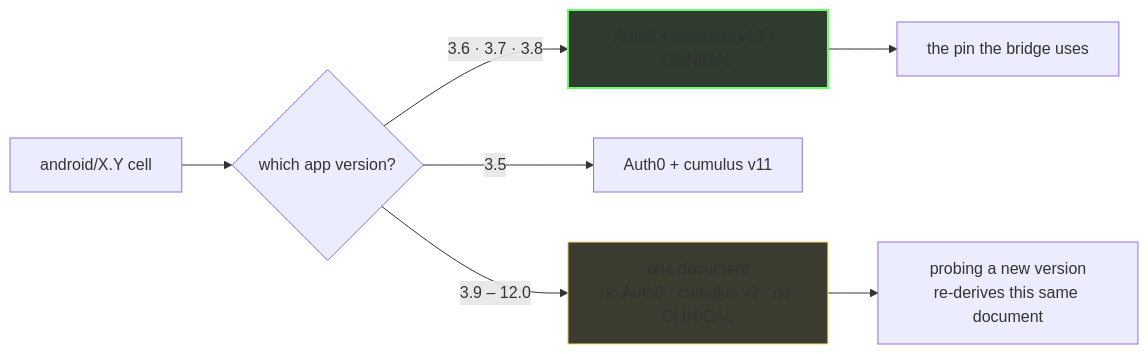
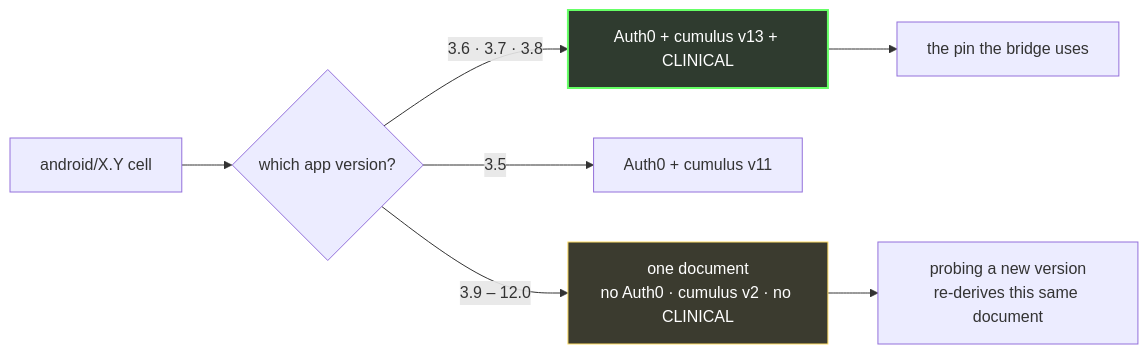
The diagram in docs/00-summary-the-map.md (NovaLux12/carelink-api-research), drawn with Mermaid before and after one commit. The commit also changed 1 other file, not shown here.

Commit message:
docs/00, docs/06: light text on dark Mermaid nodes
Same defect as README (dark fills, default dark text): add color:#fff
to the 4 style lines. docs/02 deferred until worker J merges — it is
J's synthesis target and touching it mid-pool risks a rebase conflict.

````diff
--- a/docs/00-summary-the-map.md
+++ b/docs/00-summary-the-map.md
@@ -110,11 +110,11 @@
 ```mermaid
 flowchart LR
     A["android/X.Y cell"] --> B{"which app version?"}
     B -->|"3.6 · 3.7 · 3.8"| C["Auth0 + cumulus v13 + CLINICAL"]
     B -->|"3.5"| D["Auth0 + cumulus v11"]
     B -->|"3.9 – 12.0"| E["one document<br/>no Auth0 · cumulus v2 · no CLINICAL"]
     C --> F["the pin the bridge uses"]
     E --> G["probing a new version<br/>re-derives this same document"]
-    style C fill:#2f3b2f,stroke:#6f6,stroke-width:2px
-    style E fill:#3b3b2f,stroke:#fd6
+    style C fill:#2f3b2f,stroke:#6f6,stroke-width:2px,color:#fff
+    style E fill:#3b3b2f,stroke:#fd6,color:#fff
 ```
````
